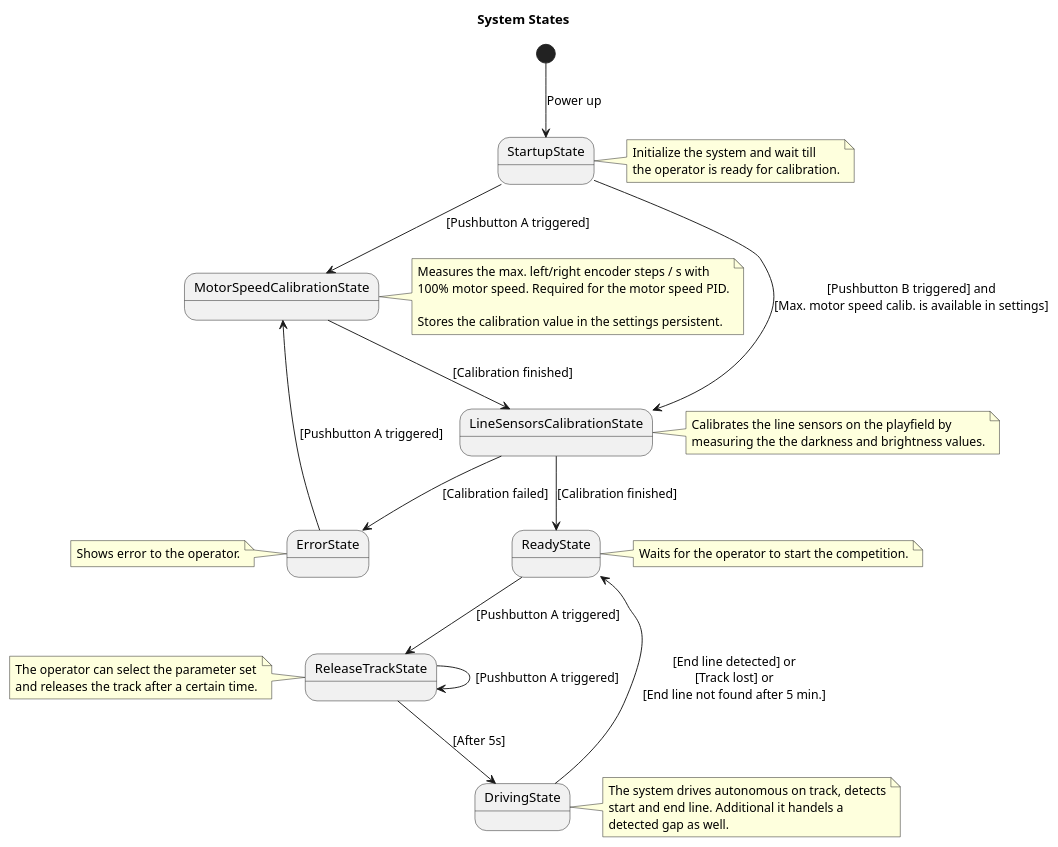
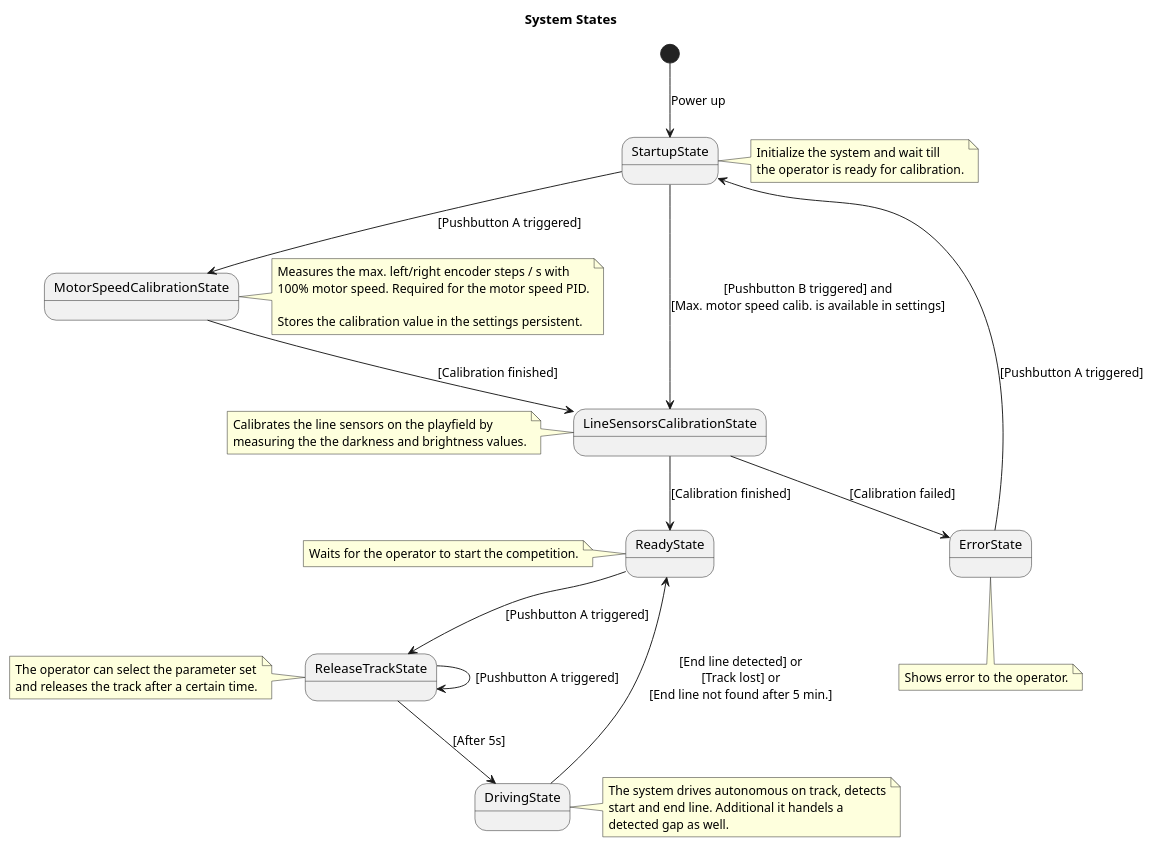
The diagram in doc/architecture/uml/ProcessView/LineFollower/SystemStates.plantuml (BlueAndi/RadonUlzer), drawn with PlantUML before and after one commit. The commit also changed 5 other files, not shown here.

Commit message:
Continue after Error state in Startup state. This has the advantage to repeat calibration if required.

```diff
--- a/doc/architecture/uml/ProcessView/LineFollower/SystemStates.plantuml
+++ b/doc/architecture/uml/ProcessView/LineFollower/SystemStates.plantuml
@@ -1,61 +1,61 @@
 @startuml
 
 title System States
 
 state StartupState
 state MotorSpeedCalibrationState
 state LineSensorsCalibrationState
 state ErrorState
 state DrivingState
 state ReadyState
 state ReleaseTrackState
 
 [*] --> StartupState: Power up
 StartupState --> MotorSpeedCalibrationState: [Pushbutton A triggered]
 StartupState --> LineSensorsCalibrationState: [Pushbutton B triggered] and\n[Max. motor speed calib. is available in settings]
 MotorSpeedCalibrationState --> LineSensorsCalibrationState: [Calibration finished]
 LineSensorsCalibrationState --> ReadyState: [Calibration finished]
 LineSensorsCalibrationState --> ErrorState: [Calibration failed]
 ReadyState --> ReleaseTrackState: [Pushbutton A triggered]
 ReleaseTrackState --> DrivingState: [After 5s]
 ReleaseTrackState --> ReleaseTrackState: [Pushbutton A triggered]
 DrivingState --> ReadyState: [End line detected] or\n[Track lost] or\n[End line not found after 5 min.]
-ErrorState --> MotorSpeedCalibrationState: [Pushbutton A triggered]
+ErrorState --> StartupState: [Pushbutton A triggered]
 
 note right of StartupState
     Initialize the system and wait till
     the operator is ready for calibration.
 end note
 
 note right of MotorSpeedCalibrationState
     Measures the max. left/right encoder steps / s with
     100% motor speed. Required for the motor speed PID.
 
     Stores the calibration value in the settings persistent.
 end note
 
-note right of LineSensorsCalibrationState
+note left of LineSensorsCalibrationState
     Calibrates the line sensors on the playfield by
     measuring the the darkness and brightness values.
 end note
 
-note left of ErrorState
+note bottom of ErrorState
     Shows error to the operator.
 end note
 
-note right of ReadyState
+note left of ReadyState
     Waits for the operator to start the competition.
 end note
 
 note left of ReleaseTrackState
     The operator can select the parameter set
     and releases the track after a certain time.
 end note
 
 note right of DrivingState
     The system drives autonomous on track, detects
     start and end line. Additional it handels a
     detected gap as well.
 end note
 
 @enduml
```
